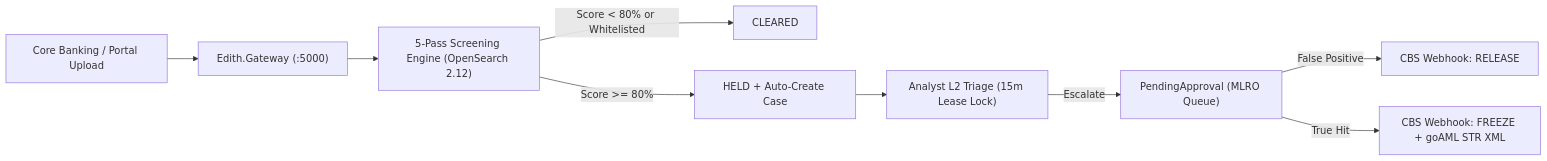
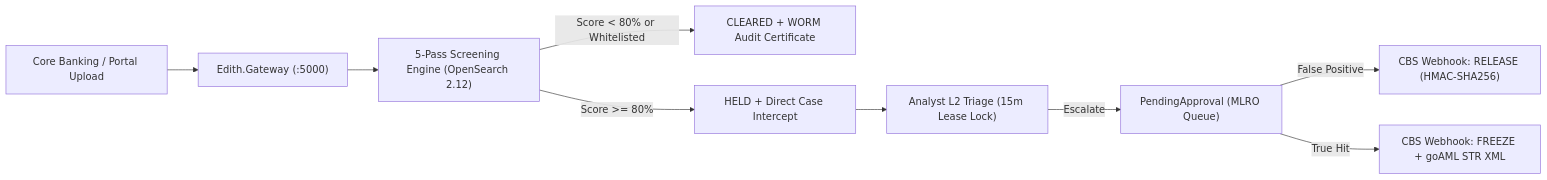
Before and after one commit to ju5tin8924/EDITH: the diagram in MD_DOC/EDITH_END_TO_END_WORKPLAN_v2.0.md, drawn with Mermaid. The commit also changed other lines of this file and 24 other files, not shown here.

Commit message:
feat(screening, iam, webhooks): complete Phases 7, 8 & 9 with WORM audit, IAM PBKDF2 & CBS webhook retries

````diff
--- a/MD_DOC/EDITH_END_TO_END_WORKPLAN_v2.0.md
+++ b/MD_DOC/EDITH_END_TO_END_WORKPLAN_v2.0.md
@@ -29,11 +29,11 @@
 ```mermaid
 flowchart LR
     A["Core Banking / Portal Upload"] --> B["Edith.Gateway (:5000)"]
     B --> C["5-Pass Screening Engine (OpenSearch 2.12)"]
-    C -->|Score < 80% or Whitelisted| D["CLEARED"]
-    C -->|Score >= 80%| E["HELD + Auto-Create Case"]
+    C -->|Score < 80% or Whitelisted| D["CLEARED + WORM Audit Certificate"]
+    C -->|Score >= 80%| E["HELD + Direct Case Intercept"]
     E --> F["Analyst L2 Triage (15m Lease Lock)"]
     F -->|Escalate| G["PendingApproval (MLRO Queue)"]
-    G -->|False Positive| H["CBS Webhook: RELEASE"]
+    G -->|False Positive| H["CBS Webhook: RELEASE (HMAC-SHA256)"]
     G -->|True Hit| I["CBS Webhook: FREEZE + goAML STR XML"]
 ```
````
